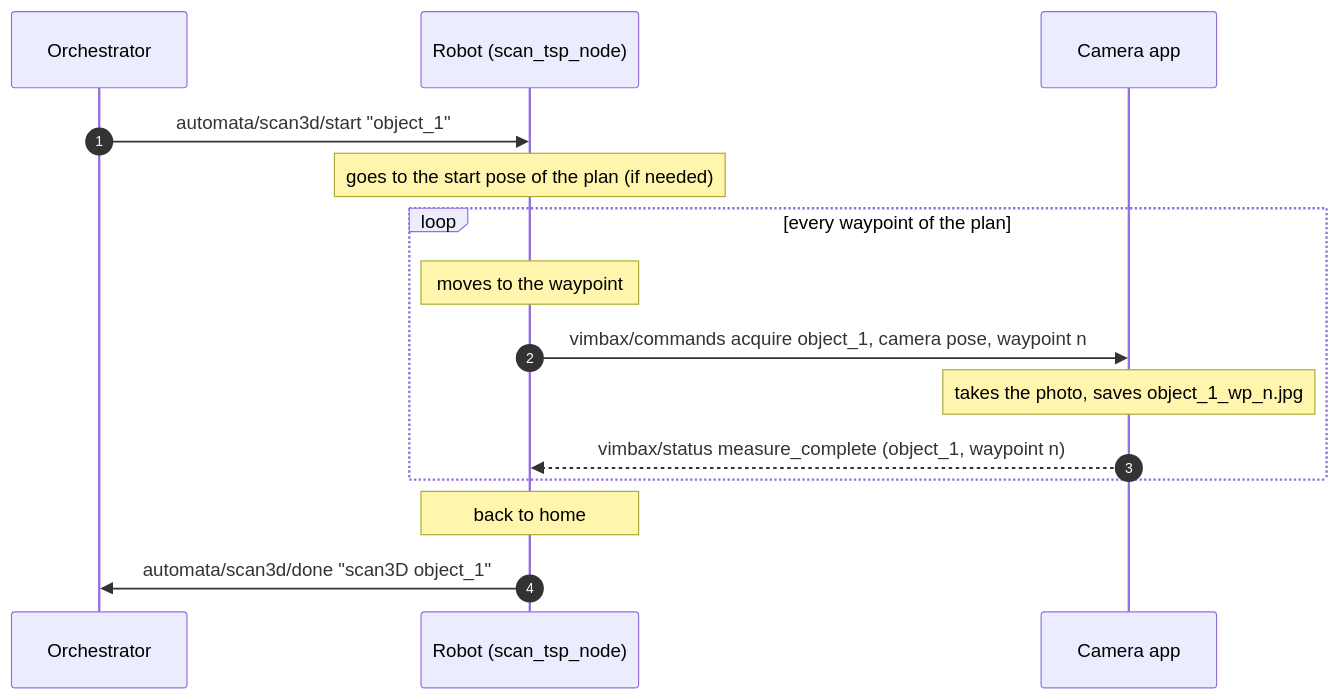
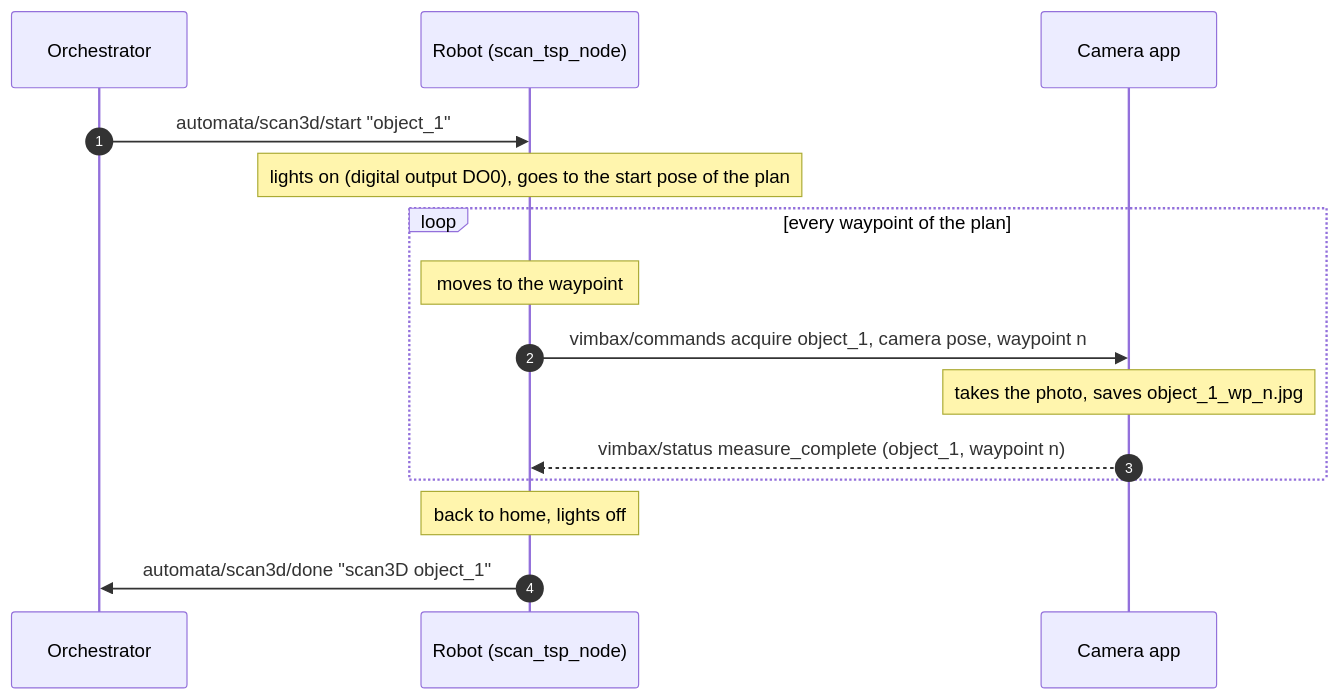
One commit to tonappa/automata_ur changed the second of 2 diagrams in README.md. Above: the diagram before and after it, drawn with Mermaid. The commit also changed other lines of this file and 7 other files, not shown here.

First line of the commit message:
scan_tsp_node: scan lights on a robot digital output

````diff
--- a/README.md
+++ b/README.md
@@ -71,17 +71,17 @@
 ```mermaid
 sequenceDiagram
     autonumber
     participant O as Orchestrator
     participant R as Robot (scan_tsp_node)
     participant C as Camera app
     O->>R: automata/scan3d/start  "object_1"
-    Note over R: goes to the start pose of the plan (if needed)
+    Note over R: lights on (digital output DO0), goes to the start pose of the plan
     loop every waypoint of the plan
         Note over R: moves to the waypoint
         R->>C: vimbax/commands  acquire object_1, camera pose, waypoint n
         Note over C: takes the photo, saves object_1_wp_n.jpg
         C-->>R: vimbax/status  measure_complete (object_1, waypoint n)
     end
-    Note over R: back to home
+    Note over R: back to home, lights off
     R->>O: automata/scan3d/done  "scan3D object_1"
 ```
````
